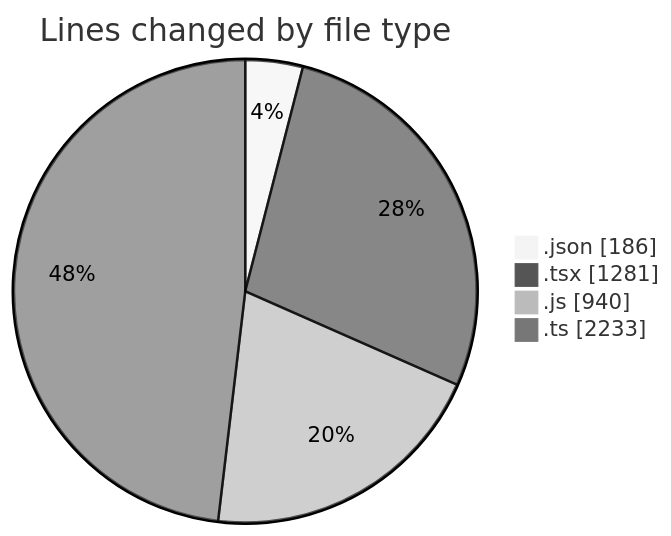
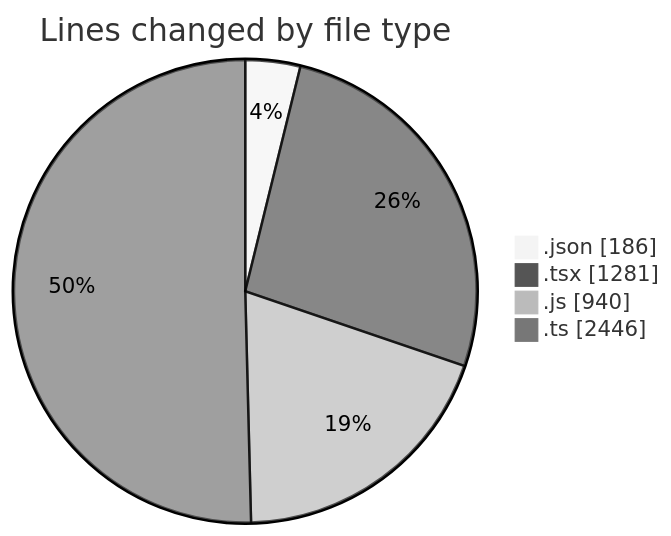
One commit to momahboobian/code-tracking changed the first of 2 diagrams in 2026-07-14/cda/README.md. Above: the diagram before and after it, drawn with Mermaid (neutral theme). The commit also changed other lines of this file and 1 other file, not shown here.

````diff
--- a/2026-07-14/cda/README.md
+++ b/2026-07-14/cda/README.md
@@ -44,8 +45,8 @@
 ```mermaid
 pie showData
 title Lines changed by file type
 ".json" : 186
 ".tsx" : 1281
 ".js" : 940
-".ts" : 2233
+".ts" : 2446
 ```
````
